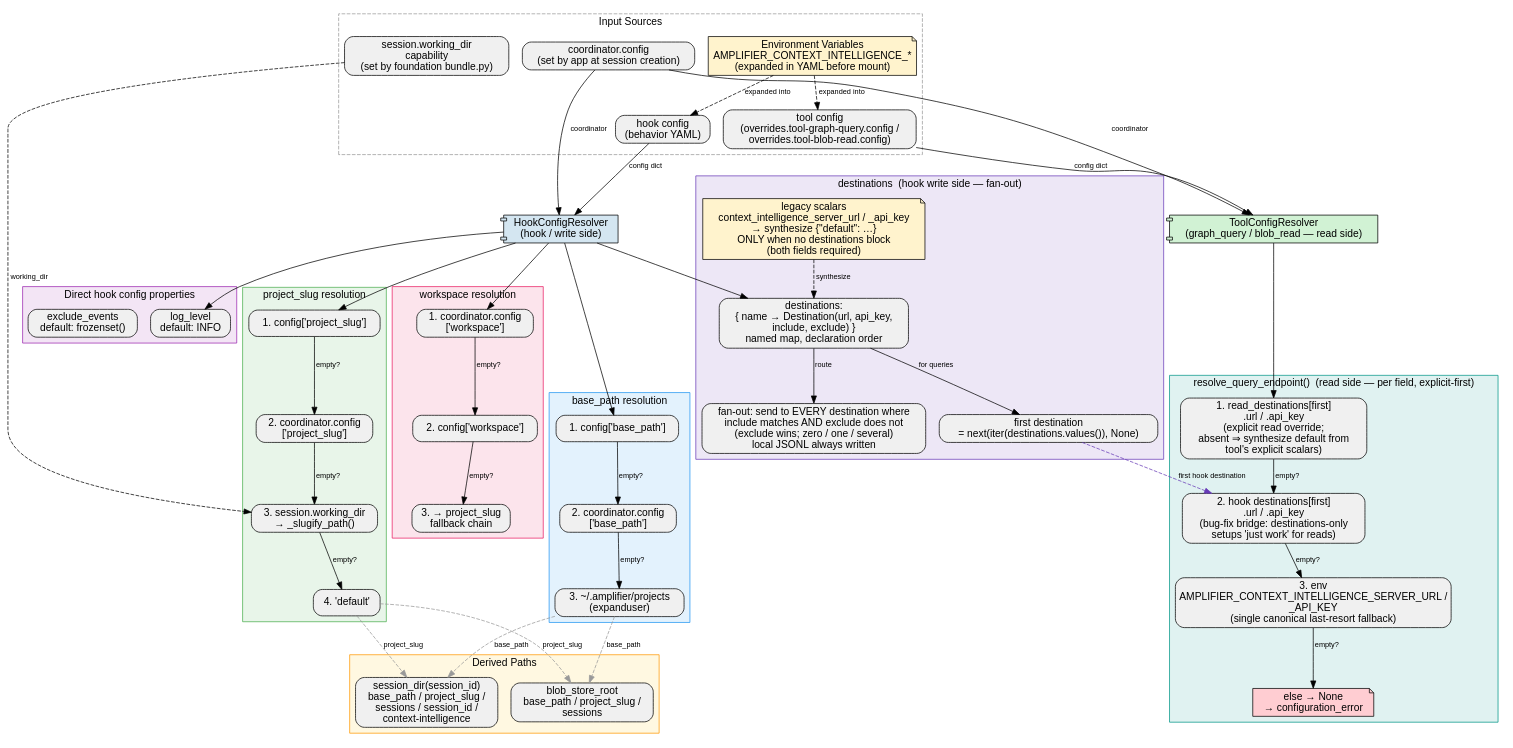
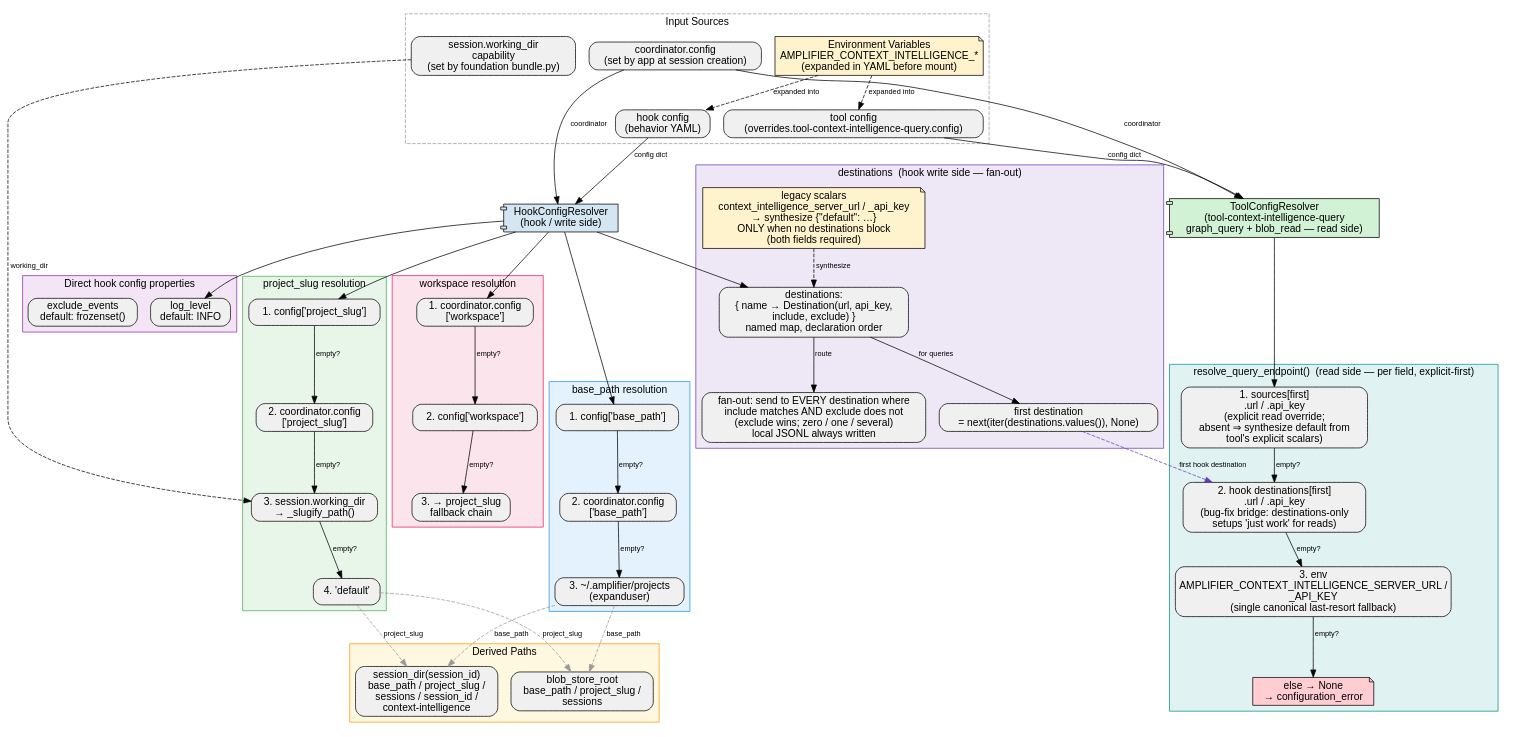
One commit to microsoft/amplifier-bundle-context-intelligence changed the diagram in context/config-resolution.dot. Above: the diagram before and after it, drawn with Graphviz. The commit also changed 26 other files, not shown here.

```diff
--- a/context/config-resolution.dot
+++ b/context/config-resolution.dot
@@ -1,169 +1,169 @@
 // Config resolution — two resolvers, lazy fallback chains.
 //
 //   HookConfigResolver  (write/upload side)  — owns workspace, paths, and the
 //                        `destinations` fan-out map.
 //   ToolConfigResolver  (read/query side)    — used by the graph_query and
 //                        blob_read tools; resolves the query endpoint via
 //                        resolve_query_endpoint(), EXPLICIT-READ-CONFIG FIRST,
 //                        then falling back to the first hook destination, then env.
 //
 // Each value is resolved on first access and cached. Empty strings are treated
 // as absent and fall through to the next source (or-chain falsy semantics).
 //
 // Render: dot -Tsvg config-resolution.dot -o config-resolution.svg
 
 digraph ConfigResolution {
     rankdir=TB;
     fontname="Helvetica";
     node [fontname="Helvetica", shape=box, style="rounded,filled", fillcolor="#f0f0f0"];
     edge [fontname="Helvetica", fontsize=10];
 
     // --- Central nodes ---
     hook_resolver [label="HookConfigResolver\n(hook / write side)", shape=component, fillcolor="#d4e6f1", style="filled"];
-    tool_resolver [label="ToolConfigResolver\n(graph_query / blob_read — read side)", shape=component, fillcolor="#d1f2d4", style="filled"];
+    tool_resolver [label="ToolConfigResolver\n(tool-context-intelligence-query\ngraph_query + blob_read — read side)", shape=component, fillcolor="#d1f2d4", style="filled"];
 
     // --- Input sources ---
     subgraph cluster_inputs {
         label="Input Sources";
         style=dashed;
         color="#999999";
 
         hook_config [label="hook config\n(behavior YAML)"];
-        tool_config [label="tool config\n(overrides.tool-graph-query.config /\n overrides.tool-blob-read.config)"];
+        tool_config [label="tool config\n(overrides.tool-context-intelligence-query.config)"];
         coord_config [label="coordinator.config\n(set by app at session creation)"];
         session_cap [label="session.working_dir\ncapability\n(set by foundation bundle.py)"];
         env_vars [label="Environment Variables\nAMPLIFIER_CONTEXT_INTELLIGENCE_*\n(expanded in YAML before mount)", shape=note, fillcolor="#fff3cd"];
     }
 
     env_vars -> hook_config [label="expanded into", style=dashed];
     env_vars -> tool_config [label="expanded into", style=dashed];
 
     // --- project_slug resolution (hook) ---
     subgraph cluster_project_slug {
         label="project_slug resolution";
         style=filled;
         fillcolor="#e8f5e9";
         color="#4caf50";
 
         ps_config [label="1. config['project_slug']"];
         ps_coord [label="2. coordinator.config\n['project_slug']"];
         ps_working_dir [label="3. session.working_dir\n→ _slugify_path()"];
         ps_default [label="4. 'default'"];
 
         ps_config -> ps_coord [label="empty?"];
         ps_coord -> ps_working_dir [label="empty?"];
         ps_working_dir -> ps_default [label="empty?"];
     }
 
     // --- base_path resolution (hook) ---
     subgraph cluster_base_path {
         label="base_path resolution";
         style=filled;
         fillcolor="#e3f2fd";
         color="#2196f3";
 
         bp_config [label="1. config['base_path']"];
         bp_coord [label="2. coordinator.config\n['base_path']"];
         bp_default [label="3. ~/.amplifier/projects\n(expanduser)"];
 
         bp_config -> bp_coord [label="empty?"];
         bp_coord -> bp_default [label="empty?"];
     }
 
     // --- workspace resolution (hook) ---
     subgraph cluster_workspace {
         label="workspace resolution";
         style=filled;
         fillcolor="#fce4ec";
         color="#e91e63";
 
         ws_coord [label="1. coordinator.config\n['workspace']"];
         ws_config [label="2. config['workspace']"];
         ws_slug [label="3. → project_slug\nfallback chain"];
 
         ws_coord -> ws_config [label="empty?"];
         ws_config -> ws_slug [label="empty?"];
     }
 
     // --- destinations: the hook's named server map (write / fan-out) ---
     subgraph cluster_destinations {
         label="destinations  (hook write side — fan-out)";
         style=filled;
         fillcolor="#ede7f6";
         color="#673ab7";
 
         dst_map [label="destinations:\n{ name → Destination(url, api_key,\n include, exclude) }\nnamed map, declaration order"];
         dst_legacy [label="legacy scalars\ncontext_intelligence_server_url / _api_key\n→ synthesize {\"default\": …}\nONLY when no destinations block\n(both fields required)", shape=note, fillcolor="#fff3cd"];
         dst_fanout [label="fan-out: send to EVERY destination where\ninclude matches AND exclude does not\n(exclude wins; zero / one / several)\nlocal JSONL always written"];
         dst_first [label="first destination\n= next(iter(destinations.values()), None)"];
 
         dst_legacy -> dst_map [label="synthesize", style=dashed];
         dst_map -> dst_fanout [label="route"];
         dst_map -> dst_first [label="for queries"];
     }
 
     // --- Simple hook properties (no coordinator fallback) ---
     subgraph cluster_simple {
         label="Direct hook config properties";
         style=filled;
         fillcolor="#f3e5f5";
         color="#9c27b0";
 
         log_level [label="log_level\ndefault: INFO"];
         exclude [label="exclude_events\ndefault: frozenset()"];
     }
 
     // --- Derived paths (hook) ---
     subgraph cluster_derived {
         label="Derived Paths";
         style=filled;
         fillcolor="#fff8e1";
         color="#ff9800";
 
         session_dir [label="session_dir(session_id)\nbase_path / project_slug /\nsessions / session_id /\ncontext-intelligence"];
         blob_root [label="blob_store_root\nbase_path / project_slug /\nsessions"];
     }
 
     // --- Query endpoint resolution (read side, ToolConfigResolver) ---
     // resolve_query_endpoint(hook_resolver, tool_resolver): per-field, EXPLICIT-FIRST.
     subgraph cluster_query {
         label="resolve_query_endpoint()  (read side — per field, explicit-first)";
         style=filled;
         fillcolor="#e0f2f1";
         color="#009688";
 
-        q1 [label="1. read_destinations[first]\n.url / .api_key\n(explicit read override;\n absent ⇒ synthesize default from\n tool's explicit scalars)"];
+        q1 [label="1. sources[first]\n.url / .api_key\n(explicit read override;\n absent ⇒ synthesize default from\n tool's explicit scalars)"];
         q2 [label="2. hook destinations[first]\n.url / .api_key\n(bug-fix bridge: destinations-only\n setups 'just work' for reads)"];
         q3 [label="3. env\nAMPLIFIER_CONTEXT_INTELLIGENCE_SERVER_URL /\n_API_KEY\n(single canonical last-resort fallback)"];
         q_none [label="else → None\n→ configuration_error", shape=note, fillcolor="#ffcdd2"];
 
         q1 -> q2 [label="empty?"];
         q2 -> q3 [label="empty?"];
         q3 -> q_none [label="empty?"];
     }
 
     // --- Edges from the hook resolver ---
     hook_resolver -> ps_config [lhead=cluster_project_slug];
     hook_resolver -> bp_config [lhead=cluster_base_path];
     hook_resolver -> ws_coord [lhead=cluster_workspace];
     hook_resolver -> dst_map [lhead=cluster_destinations];
     hook_resolver -> log_level [lhead=cluster_simple];
 
     hook_config -> hook_resolver [label="config dict"];
     coord_config -> hook_resolver [label="coordinator"];
     session_cap -> ps_working_dir [label="working_dir", style=dashed];
 
     // --- Edges from the tool resolver ---
     tool_resolver -> q1 [lhead=cluster_query];
     tool_config -> tool_resolver [label="config dict"];
     coord_config -> tool_resolver [label="coordinator"];
     // tier 2 reads the hook's first destination (shared model)
     dst_first -> q2 [style=dashed, label="first hook destination", color="#673ab7"];
 
     // --- Derived path dependencies ---
     ps_default -> session_dir [style=dashed, label="project_slug", color="#999999"];
     bp_default -> session_dir [style=dashed, label="base_path", color="#999999"];
     ps_default -> blob_root [style=dashed, label="project_slug", color="#999999"];
     bp_default -> blob_root [style=dashed, label="base_path", color="#999999"];
     ws_slug -> ws_coord [style=invis]; // layout hint
 }
```
